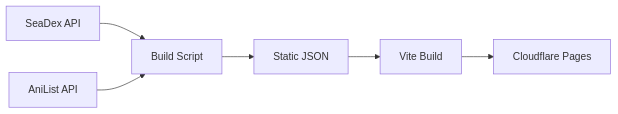
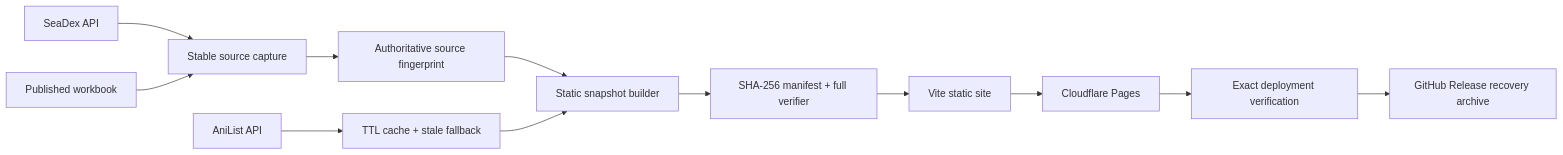
The diagram in README.md (EithonX/seadex-mirror), drawn with Mermaid before and after one commit. The commit also changed other lines of this file and 32 other files, not shown here.

First line of the commit message:
feat(snapshot): add content-addressed snapshot integrity and verified recovery

````diff
--- a/README.md
+++ b/README.md
@@ -13,8 +13,14 @@
 ```mermaid
 flowchart LR
-    A[SeaDex API] --> B[Build Script]
-    C[AniList API] --> B
-    B --> D[Static JSON]
-    D --> E[Vite Build]
-    E --> F[Cloudflare Pages]
+    A[SeaDex API] --> B[Stable source capture]
+    C[Published workbook] --> B
+    B --> D[Authoritative source fingerprint]
+    E[AniList API] --> F[TTL cache + stale fallback]
+    D --> G[Static snapshot builder]
+    F --> G
+    G --> H[SHA-256 manifest + full verifier]
+    H --> I[Vite static site]
+    I --> J[Cloudflare Pages]
+    J --> K[Exact deployment verification]
+    K --> L[GitHub Release recovery archive]
 ```
````
